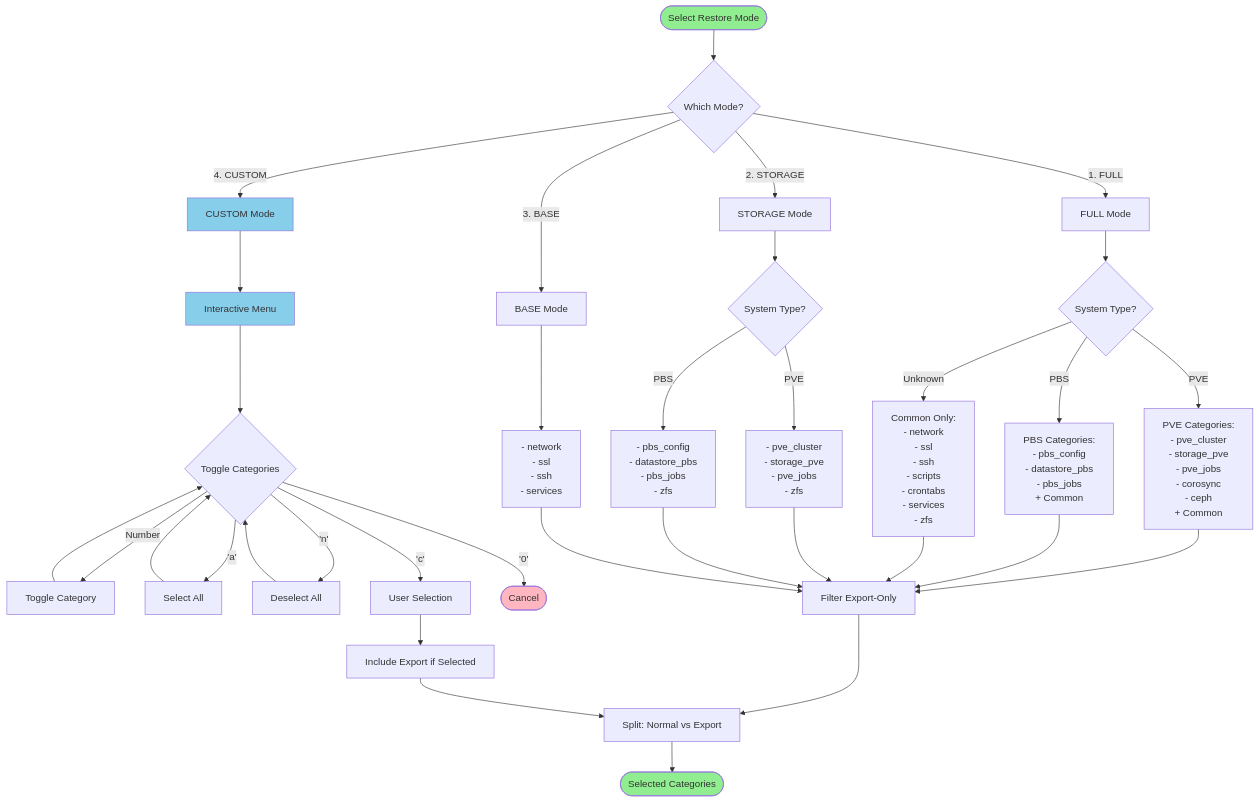
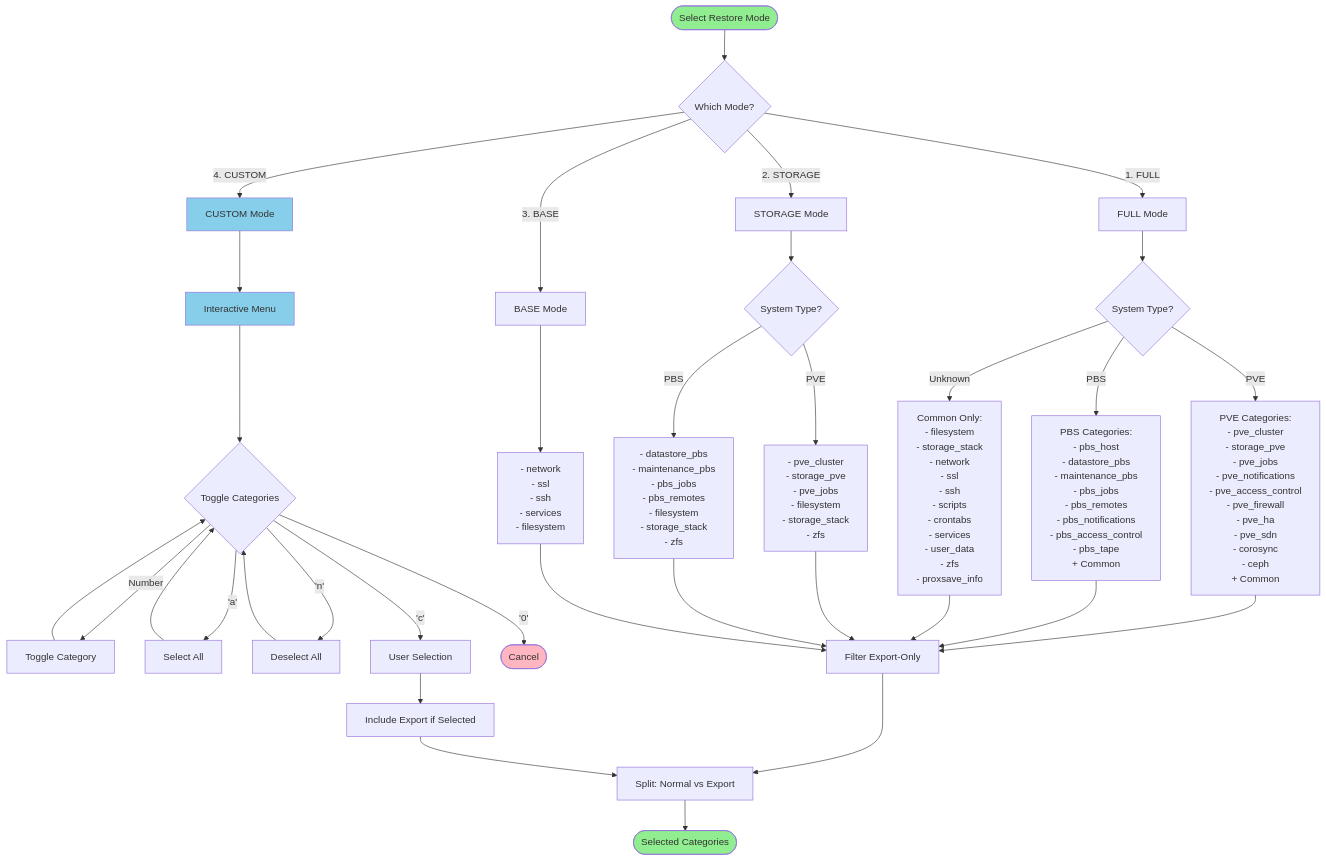
The second of 12 diagrams in docs/RESTORE_DIAGRAMS.md (alsyundawy/proxsave), drawn with Mermaid before and after one commit. The commit also changed 109 other files, not shown here.

````diff
--- a/docs/RESTORE_DIAGRAMS.md
+++ b/docs/RESTORE_DIAGRAMS.md
@@ -91,49 +91,49 @@
 ```mermaid
 flowchart TD
     Start([Select Restore Mode]) --> Mode{Which Mode?}
 
     Mode -->|1. FULL| Full[FULL Mode]
     Mode -->|2. STORAGE| Storage[STORAGE Mode]
     Mode -->|3. BASE| Base[BASE Mode]
     Mode -->|4. CUSTOM| Custom[CUSTOM Mode]
 
     Full --> SystemFull{System Type?}
-    SystemFull -->|PVE| PVEFull[PVE Categories:<br/>- pve_cluster<br/>- storage_pve<br/>- pve_jobs<br/>- corosync<br/>- ceph<br/>+ Common]
-    SystemFull -->|PBS| PBSFull[PBS Categories:<br/>- pbs_config<br/>- datastore_pbs<br/>- pbs_jobs<br/>+ Common]
-    SystemFull -->|Unknown| CommonFull[Common Only:<br/>- network<br/>- ssl<br/>- ssh<br/>- scripts<br/>- crontabs<br/>- services<br/>- zfs]
+    SystemFull -->|PVE| PVEFull[PVE Categories:<br/>- pve_cluster<br/>- storage_pve<br/>- pve_jobs<br/>- pve_notifications<br/>- pve_access_control<br/>- pve_firewall<br/>- pve_ha<br/>- pve_sdn<br/>- corosync<br/>- ceph<br/>+ Common]
+    SystemFull -->|PBS| PBSFull[PBS Categories:<br/>- pbs_host<br/>- datastore_pbs<br/>- maintenance_pbs<br/>- pbs_jobs<br/>- pbs_remotes<br/>- pbs_notifications<br/>- pbs_access_control<br/>- pbs_tape<br/>+ Common]
+    SystemFull -->|Unknown| CommonFull[Common Only:<br/>- filesystem<br/>- storage_stack<br/>- network<br/>- ssl<br/>- ssh<br/>- scripts<br/>- crontabs<br/>- services<br/>- user_data<br/>- zfs<br/>- proxsave_info]
 
     Storage --> SystemStorage{System Type?}
-    SystemStorage -->|PVE| PVEStorage[- pve_cluster<br/>- storage_pve<br/>- pve_jobs<br/>- zfs]
-    SystemStorage -->|PBS| PBSStorage[- pbs_config<br/>- datastore_pbs<br/>- pbs_jobs<br/>- zfs]
+    SystemStorage -->|PVE| PVEStorage[- pve_cluster<br/>- storage_pve<br/>- pve_jobs<br/>- filesystem<br/>- storage_stack<br/>- zfs]
+    SystemStorage -->|PBS| PBSStorage[- datastore_pbs<br/>- maintenance_pbs<br/>- pbs_jobs<br/>- pbs_remotes<br/>- filesystem<br/>- storage_stack<br/>- zfs]
 
-    Base --> BaseCats[- network<br/>- ssl<br/>- ssh<br/>- services]
+    Base --> BaseCats[- network<br/>- ssl<br/>- ssh<br/>- services<br/>- filesystem]
 
     Custom --> CheckboxMenu[Interactive Menu]
     CheckboxMenu --> ToggleLoop{Toggle Categories}
     ToggleLoop -->|Number| Toggle[Toggle Category]
     Toggle --> ToggleLoop
     ToggleLoop -->|'a'| SelectAll[Select All]
     SelectAll --> ToggleLoop
     ToggleLoop -->|'n'| DeselectAll[Deselect All]
     DeselectAll --> ToggleLoop
     ToggleLoop -->|'c'| CustomSelected[User Selection]
     ToggleLoop -->|'0'| Cancel([Cancel])
 
     PVEFull --> FilterExport[Filter Export-Only]
     PBSFull --> FilterExport
     CommonFull --> FilterExport
     PVEStorage --> FilterExport
     PBSStorage --> FilterExport
     BaseCats --> FilterExport
     CustomSelected --> NoFilter[Include Export if Selected]
 
     FilterExport --> Split[Split: Normal vs Export]
     NoFilter --> Split
     Split --> Result([Selected Categories])
 
     style Start fill:#90EE90
     style Result fill:#90EE90
     style Cancel fill:#FFB6C1
     style Custom fill:#87CEEB
     style CheckboxMenu fill:#87CEEB
 ```
````
